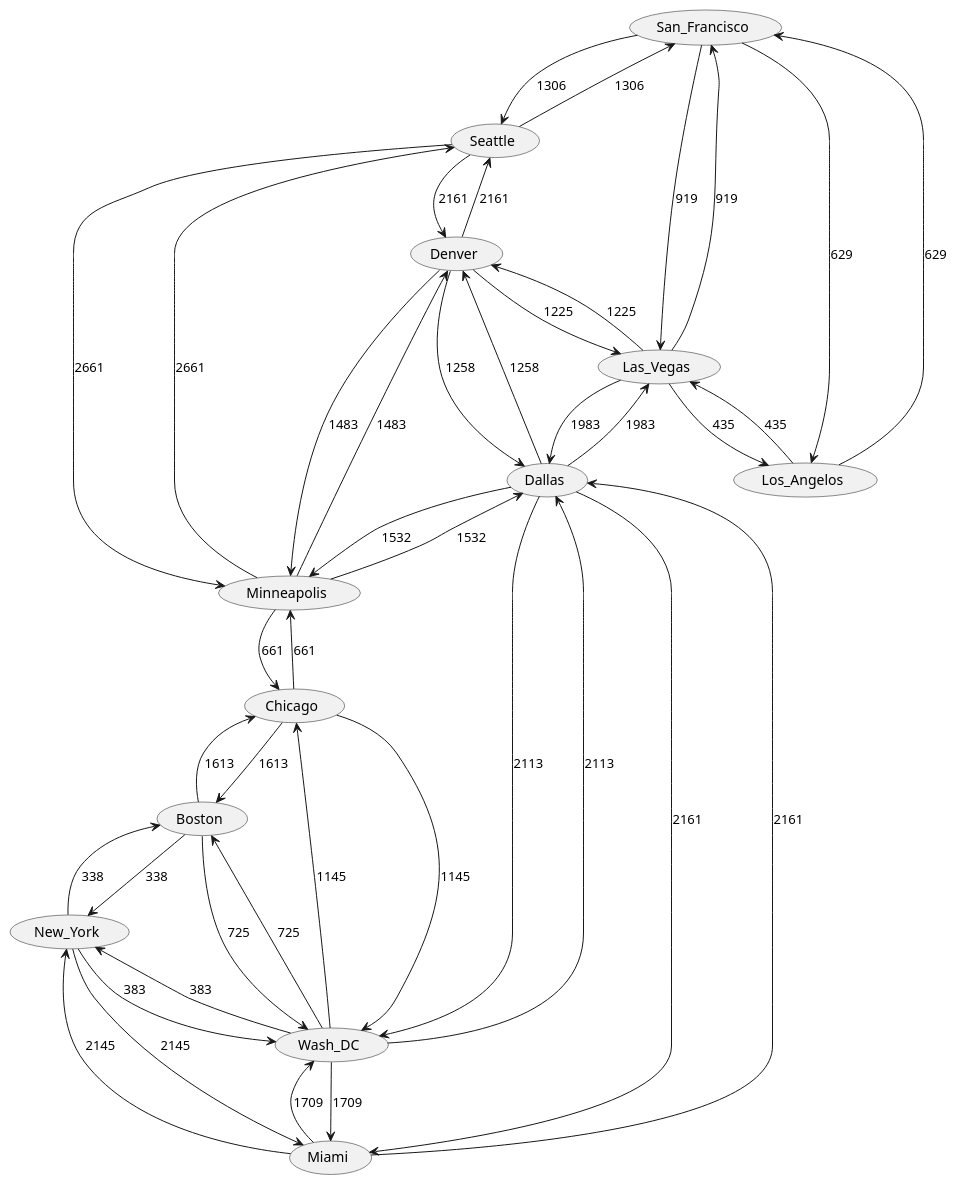
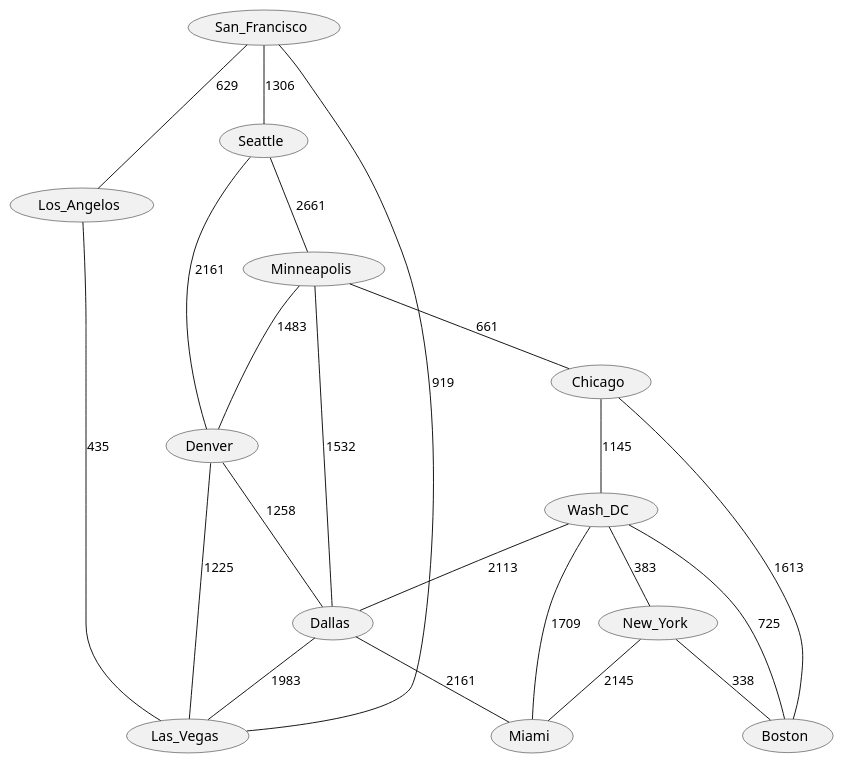
Before and after one commit to John-Zoscak-02/Dijkstras: the diagram in src/Maps/map4.puml, drawn with PlantUML. The commit also changed 5 other files, not shown here.

```diff
--- a/src/Maps/map4.puml
+++ b/src/Maps/map4.puml
@@ -1,68 +1,35 @@
 @startuml
 	(San_Francisco)
 	(Seattle)
 	(Minneapolis)
 	(Chicago)
 	(Wash_DC)
 	(New_York)
 	(Los_Angelos)
 	(Denver)
 	(Dallas)
 	(Las_Vegas)
 	(Miami)
 	(Boston)
-	San_Francisco --> Seattle : 1306
-	San_Francisco --> Las_Vegas : 919
-	San_Francisco --> Los_Angelos : 629
-
-	Seattle --> Minneapolis : 2661
-	Seattle --> Denver : 2161
-	Seattle --> San_Francisco : 1306
-
-	Minneapolis --> Seattle : 2661
-	Minneapolis --> Denver : 1483
-	Minneapolis --> Dallas : 1532
-	Minneapolis --> Chicago : 661
-
-	Chicago --> Minneapolis : 661
-	Chicago --> Wash_DC : 1145
-	Chicago --> Boston : 1613
-
-	Wash_DC --> Chicago : 1145
-	Wash_DC --> Dallas : 2113
-	Wash_DC --> Miami : 1709
-	Wash_DC --> New_York : 383
-	Wash_DC --> Boston : 725
-
-	New_York --> Wash_DC : 383
-	New_York --> Miami : 2145
-	New_York --> Boston : 338
-
-	Los_Angelos --> San_Francisco : 629
-	Los_Angelos --> Las_Vegas : 435
-
-	Denver --> Minneapolis : 1483
-	Denver --> Seattle : 2161
-	Denver --> Las_Vegas : 1225
-	Denver --> Dallas : 1258
-
-	Dallas --> Minneapolis : 1532
-	Dallas --> Denver : 1258
-	Dallas --> Las_Vegas : 1983
-	Dallas --> Miami : 2161
-	Dallas --> Wash_DC : 2113
-
-	Las_Vegas --> San_Francisco : 919
-	Las_Vegas --> Los_Angelos : 435
-	Las_Vegas --> Dallas : 1983
-	Las_Vegas --> Denver : 1225
-
-	Miami --> Wash_DC : 1709
-	Miami --> Dallas : 2161
-	Miami --> New_York : 2145
-
-	Boston --> Chicago : 1613
-	Boston --> Wash_DC : 725
-	Boston --> New_York : 338
-
+	New_York -- Boston : 338
+	Wash_DC -- New_York : 383
+	Los_Angelos -- Las_Vegas : 435
+	San_Francisco -- Los_Angelos : 629
+	Minneapolis -- Chicago : 661
+	Wash_DC -- Boston : 725
+	San_Francisco -- Las_Vegas : 919
+	Chicago -- Wash_DC : 1145
+	Denver -- Las_Vegas : 1225
+	Denver -- Dallas : 1258
+	San_Francisco -- Seattle : 1306
+	Minneapolis -- Denver : 1483
+	Minneapolis -- Dallas : 1532
+	Chicago -- Boston : 1613
+	Wash_DC -- Miami : 1709
+	Dallas -- Las_Vegas : 1983
+	Wash_DC -- Dallas : 2113
+	New_York -- Miami : 2145
+	Seattle -- Denver : 2161
+	Dallas -- Miami : 2161
+	Seattle -- Minneapolis : 2661
 @enduml
```
